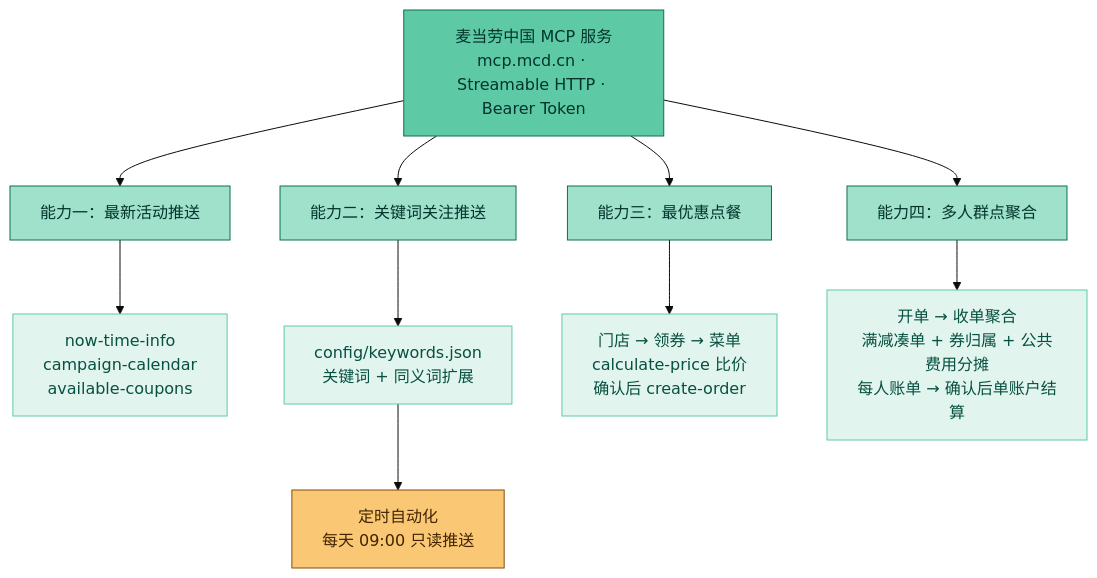
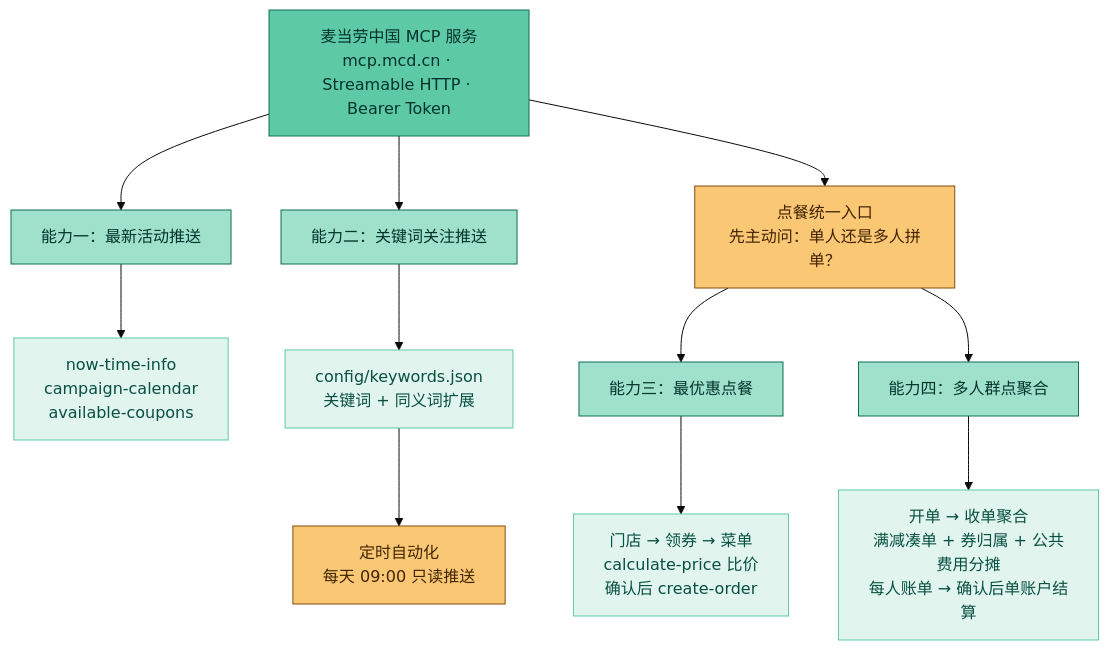
Before and after one commit to junxchan54-maker/mcd-cn-assistant: the diagram in README.md, drawn with Mermaid (base theme). The commit also changed other lines of this file and 6 other files, not shown here.

````diff
--- a/README.md
+++ b/README.md
@@ -43,23 +46,25 @@
 ```mermaid
 flowchart TD
     A["麦当劳中国 MCP 服务<br/>mcp.mcd.cn · Streamable HTTP · Bearer Token"]
     A --> B1["能力一：最新活动推送"]
     A --> B2["能力二：关键词关注推送"]
-    A --> B3["能力三：最优惠点餐"]
-    A --> B4["能力四：多人群点聚合"]
+    A --> G["点餐统一入口<br/>先主动问：单人还是多人拼单？"]
+    G --> B3["能力三：最优惠点餐"]
+    G --> B4["能力四：多人群点聚合"]
     B1 --> C1["now-time-info<br/>campaign-calendar<br/>available-coupons"]
     B2 --> C2["config/keywords.json<br/>关键词 + 同义词扩展"]
     B3 --> C3["门店 → 领券 → 菜单<br/>calculate-price 比价<br/>确认后 create-order"]
     B4 --> C4["开单 → 收单聚合<br/>满减凑单 + 券归属 + 公共费用分摊<br/>每人账单 → 确认后单账户结算"]
     C2 --> D["定时自动化<br/>每天 09:00 只读推送"]
     style A fill:#5DCAA5,stroke:#0F6E56,color:#04342C
+    style G fill:#FAC775,stroke:#854F0B,color:#412402
     style B1 fill:#9FE1CB,stroke:#0F6E56,color:#04342C
     style B2 fill:#9FE1CB,stroke:#0F6E56,color:#04342C
     style B3 fill:#9FE1CB,stroke:#0F6E56,color:#04342C
     style B4 fill:#9FE1CB,stroke:#0F6E56,color:#04342C
     style C1 fill:#E1F5EE,stroke:#5DCAA5,color:#085041
     style C2 fill:#E1F5EE,stroke:#5DCAA5,color:#085041
     style C3 fill:#E1F5EE,stroke:#5DCAA5,color:#085041
     style C4 fill:#E1F5EE,stroke:#5DCAA5,color:#085041
     style D fill:#FAC775,stroke:#854F0B,color:#412402
 ```
````
